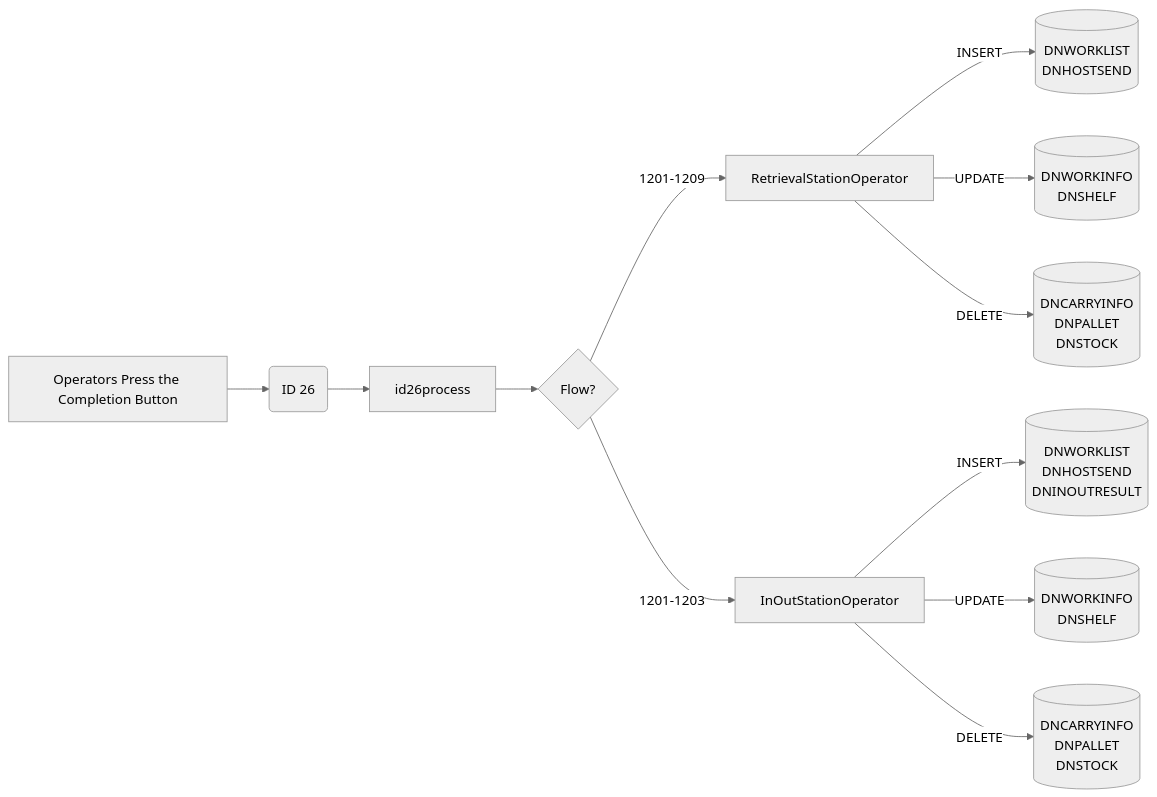
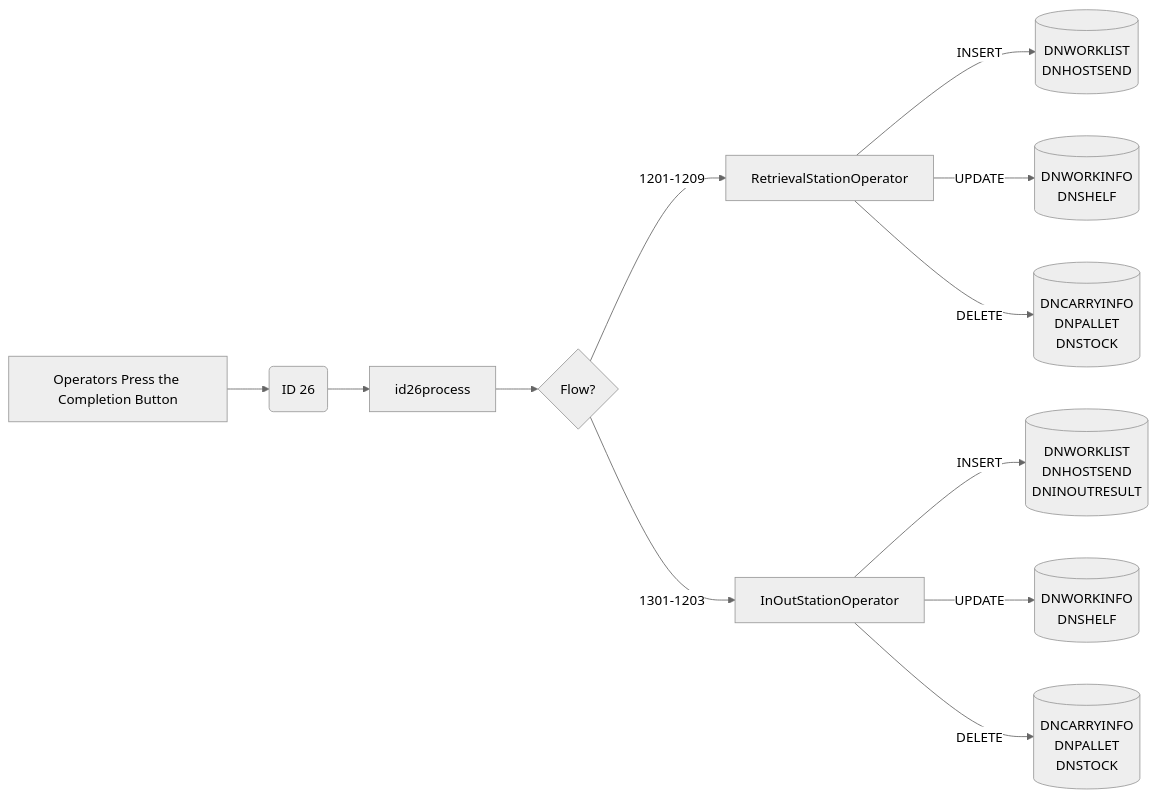
Before and after one commit to luthfiadityaa/SimeDarby-Wiki: diagram 19 of 19 in Basic-Design/DFD-WMS/Retrieval/Specific-Location-Retrieval-Setting.md, drawn with Mermaid (neutral theme).

Commit message:
Updated Specific Location Retrieval Setting

```diff
--- a/Basic-Design/DFD-WMS/Retrieval/Specific-Location-Retrieval-Setting.md
+++ b/Basic-Design/DFD-WMS/Retrieval/Specific-Location-Retrieval-Setting.md
@@ -834,62 +834,62 @@
 ::: mermaid
 flowchart LR
 
 buttonclicked["
 Operators Press the Completion Button
 "]
 
 id26msg("
 ID 26
 ")
 
 
 id26-update[("
 DNWORKINFO
 DNSHELF
 ")]
 
 id26-delete[("
 DNCARRYINFO
 DNPALLET
 DNSTOCK
 ")]
 
 id26-insert[("
 DNWORKLIST
 DNHOSTSEND
 ")]
 
 id26-update2[("
 DNWORKINFO
 DNSHELF
 ")]
 
 id26-delete2[("
 DNCARRYINFO
 DNPALLET
 DNSTOCK
 ")]
 
 id26-insert3[("
 DNWORKLIST
 DNHOSTSEND
 DNINOUTRESULT
 ")]
 
 id26process[id26process]
 
 buttonclicked --> id26msg
 id26msg -->id26process-->Cond1{Flow?}
 
 RetrievalStationOperator--> |INSERT| id26-insert 
 RetrievalStationOperator--> |UPDATE| id26-update 
 RetrievalStationOperator--> |DELETE| id26-delete 
 
 Cond1{Flow?} --> |1201-1209| RetrievalStationOperator
-Cond1{Flow?} --> |1201-1203| InOutStationOperator
+Cond1{Flow?} --> |1301-1203| InOutStationOperator
 
 InOutStationOperator --> |INSERT| id26-insert3
 InOutStationOperator --> |UPDATE| id26-update2
 InOutStationOperator --> |DELETE| id26-delete2
 
 :::
```
